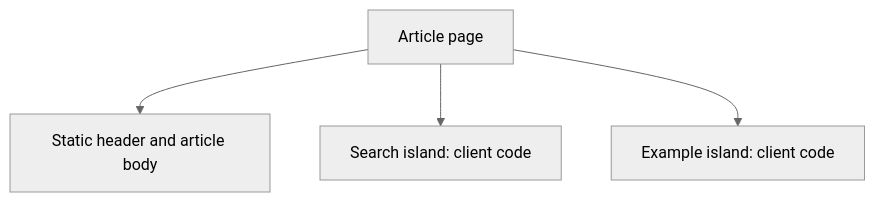
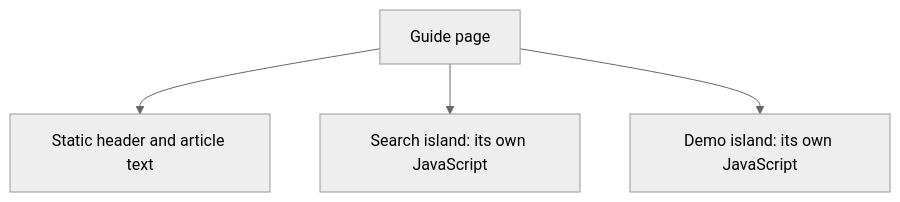
Before and after one commit to theo-matzavinos/dump: the fifth of 5 diagrams in src/content/blog/html-rendering-methods.md, drawn with Mermaid (neutral theme). The commit also changed other lines of this file and 24 other files, not shown here.

First line of the commit message:
Revise all articles for voice, junior readers, and flow

````diff
--- a/src/content/blog/html-rendering-methods.md
+++ b/src/content/blog/html-rendering-methods.md
@@ -287,6 +294,6 @@
 ```mermaid
 flowchart TD
-    P[Article page] --> H[Static header and article body]
-    P --> S[Search island: client code]
-    P --> X[Example island: client code]
+    P[Guide page] --> H[Static header and article text]
+    P --> S[Search island: its own JavaScript]
+    P --> X[Demo island: its own JavaScript]
 ```
````
